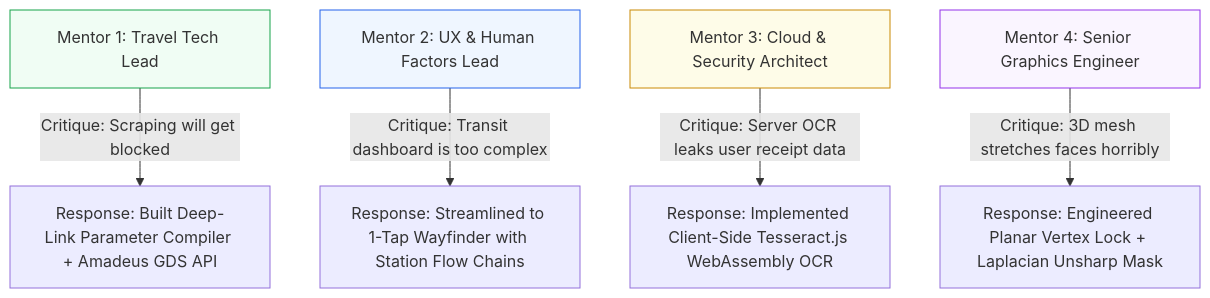
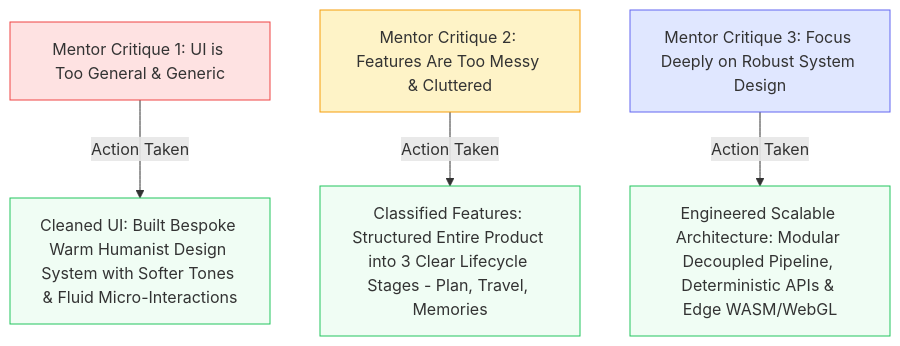
Before and after one commit to sharonxinn/Plan_Trip: the sixth of 15 diagrams in README.md, drawn with Mermaid. The commit also changed other lines of this file, not shown here.

````diff
--- a/README.md
+++ b/README.md
@@ -261,12 +320,13 @@
 ```mermaid
 graph TD
-    M1[Mentor 1: Travel Tech Lead] -->|Critique: Scraping will get blocked| R1[Response: Built Deep-Link Parameter Compiler + Amadeus GDS API]
-    M2[Mentor 2: UX & Human Factors Lead] -->|Critique: Transit dashboard is too complex| R2[Response: Streamlined to 1-Tap Wayfinder with Station Flow Chains]
-    M3[Mentor 3: Cloud & Security Architect] -->|Critique: Server OCR leaks user receipt data| R3[Response: Implemented Client-Side Tesseract.js WebAssembly OCR]
-    M4[Mentor 4: Senior Graphics Engineer] -->|Critique: 3D mesh stretches faces horribly| R4[Response: Engineered Planar Vertex Lock + Laplacian Unsharp Mask]
+    M1[Mentor Critique 1: UI is Too General & Generic] -->|Action Taken| R1[Cleaned UI: Built Bespoke Warm Humanist Design System with Softer Tones & Fluid Micro-Interactions]
+    M2[Mentor Critique 2: Features Are Too Messy & Cluttered] -->|Action Taken| R2[Classified Features: Structured Entire Product into 3 Clear Lifecycle Stages - Plan, Travel, Memories]
+    M3[Mentor Critique 3: Focus Deeply on Robust System Design] -->|Action Taken| R3[Engineered Scalable Architecture: Modular Decoupled Pipeline, Deterministic APIs & Edge WASM/WebGL]
 
-    style M1 fill:#f0fdf4,stroke:#16a34a
-    style M2 fill:#eff6ff,stroke:#2563eb
-    style M3 fill:#fefce8,stroke:#ca8a04
-    style M4 fill:#faf5ff,stroke:#9333ea
+    style M1 fill:#fee2e2,stroke:#ef4444
+    style M2 fill:#fef3c7,stroke:#f59e0b
+    style M3 fill:#e0e7ff,stroke:#6366f1
+    style R1 fill:#f0fdf4,stroke:#22c55e
+    style R2 fill:#f0fdf4,stroke:#22c55e
+    style R3 fill:#f0fdf4,stroke:#22c55e
 ```
````
